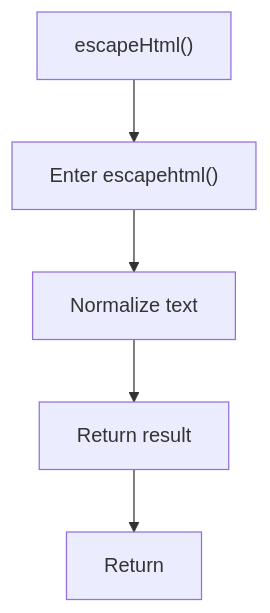
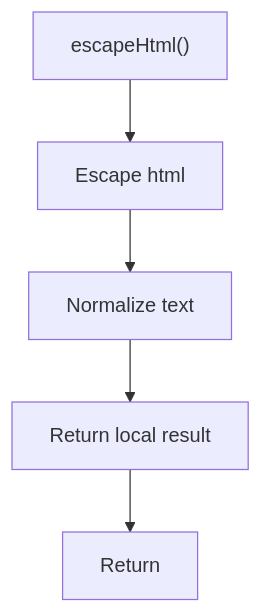
One commit to JohnAndrewBalbarosa/NeoTerritory changed the third of 4 diagrams in docs/Codebase/Frontend/scripts/diff-viewer.js.md. Above: the diagram before and after it, drawn with Mermaid. The commit also changed other lines of this file and 915 other files, not shown here.

````diff
--- a/docs/Codebase/Frontend/scripts/diff-viewer.js.md
+++ b/docs/Codebase/Frontend/scripts/diff-viewer.js.md
@@ -90,12 +89,12 @@
 ```mermaid
 flowchart TD
     Start["escapeHtml()"]
-    N0["Enter escapehtml()"]
+    N0["Escape html"]
     N1["Normalize text"]
-    N2["Return result"]
+    N2["Return local result"]
     End["Return"]
     Start --> N0
     N0 --> N1
     N1 --> N2
     N2 --> End
 ```
````
